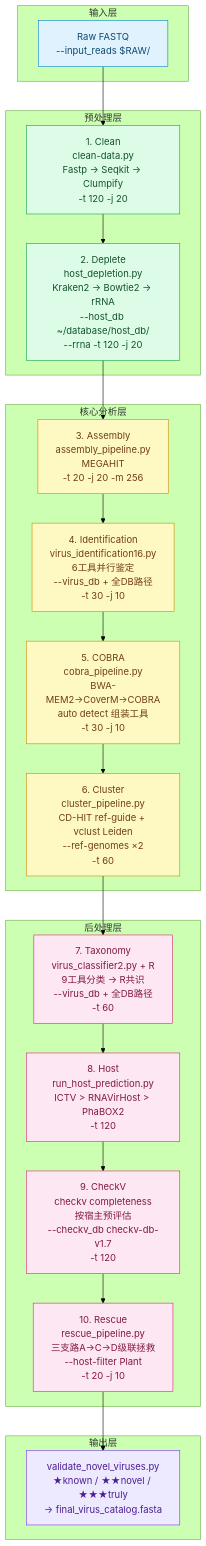
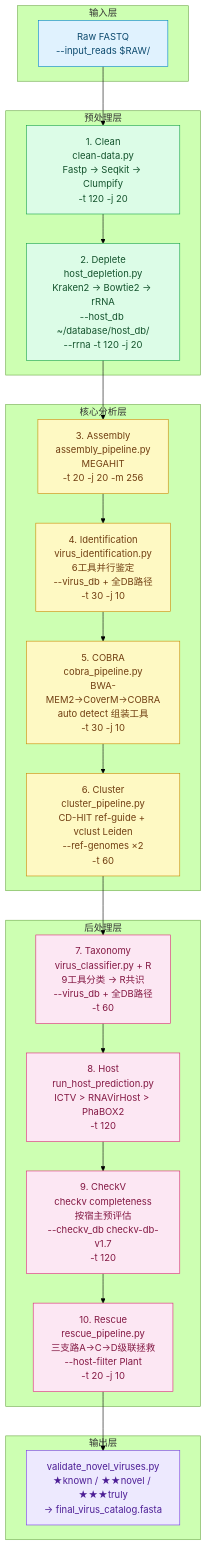
One commit to zhangwenda0518/MMPV-RNA changed the first of 14 diagrams in doc/14-pipeline-diagrams.md. Above: the diagram before and after it, drawn with Mermaid (forest theme). The commit also changed other lines of this file and 348 other files, not shown here.

````diff
--- a/doc/14-pipeline-diagrams.md
+++ b/doc/14-pipeline-diagrams.md
@@ -9,47 +9,47 @@
 ```mermaid
 flowchart TB
     accTitle: MMPV-RNA virome_pipeline.py 10阶段全架构
     accDescr: 从 Raw FASTQ 到 HQ vOTU 的 10 阶段端到端流水线架构, 包含数据清洗/去宿主/组装/鉴定/COBRA延伸/聚类/分类/宿主预测/CheckV/拯救
 
     subgraph Input["输入层"]
         RAW["Raw FASTQ<br/>--input_reads $RAW/"]
     end
 
     subgraph Preprocess["预处理层"]
         CL["1. Clean<br/>clean-data.py<br/>Fastp → Seqkit → Clumpify<br/>-t 120 -j 20"]
         DP["2. Deplete<br/>host_depletion.py<br/>Kraken2 → Bowtie2 → rRNA<br/>--host_db ~/database/host_db/<br/>--rrna -t 120 -j 20"]
     end
 
     subgraph Core["核心分析层"]
         AS["3. Assembly<br/>assembly_pipeline.py<br/>MEGAHIT<br/>-t 20 -j 20 -m 256"]
-        ID["4. Identification<br/>virus_identification16.py<br/>6工具并行鉴定<br/>--virus_db + 全DB路径<br/>-t 30 -j 10"]
+        ID["4. Identification<br/>virus_identification.py<br/>6工具并行鉴定<br/>--virus_db + 全DB路径<br/>-t 30 -j 10"]
         CO["5. COBRA<br/>cobra_pipeline.py<br/>BWA-MEM2→CoverM→COBRA<br/>auto detect 组装工具<br/>-t 30 -j 10"]
         CLU["6. Cluster<br/>cluster_pipeline.py<br/>CD-HIT ref-guide + vclust Leiden<br/>--ref-genomes ×2<br/>-t 60"]
     end
 
     subgraph Postprocess["后处理层"]
-        TX["7. Taxonomy<br/>virus_classifier2.py + R<br/>9工具分类 → R共识<br/>--virus_db + 全DB路径<br/>-t 60"]
+        TX["7. Taxonomy<br/>virus_classifier.py + R<br/>9工具分类 → R共识<br/>--virus_db + 全DB路径<br/>-t 60"]
         HO["8. Host<br/>run_host_prediction.py<br/>ICTV > RNAVirHost > PhaBOX2<br/>-t 120"]
         CV["9. CheckV<br/>checkv completeness<br/>按宿主预评估<br/>--checkv_db checkv-db-v1.7<br/>-t 120"]
         RE["10. Rescue<br/>rescue_pipeline.py<br/>三支路A→C→D级联拯救<br/>--host-filter Plant<br/>-t 20 -j 10"]
     end
 
     subgraph Output["输出层"]
         VLD["validate_novel_viruses.py<br/>★known / ★★novel / ★★★truly<br/>→ final_virus_catalog.fasta"]
     end
 
     RAW --> CL --> DP --> AS --> ID --> CO --> CLU
     CLU --> TX --> HO --> CV --> RE --> VLD
 
     classDef input fill:#e0f2fe,stroke:#0284c7,color:#0c4a6e
     classDef pre fill:#dcfce7,stroke:#16a34a,color:#14532d
     classDef core fill:#fef9c3,stroke:#ca8a04,color:#713f12
     classDef post fill:#fce7f3,stroke:#db2777,color:#831843
     classDef out fill:#ede9fe,stroke:#7c3aed,color:#4c1d95
 
     class RAW input
     class CL,DP pre
     class AS,ID,CO,CLU core
     class TX,HO,CV,RE post
     class VLD out
 ```
````
